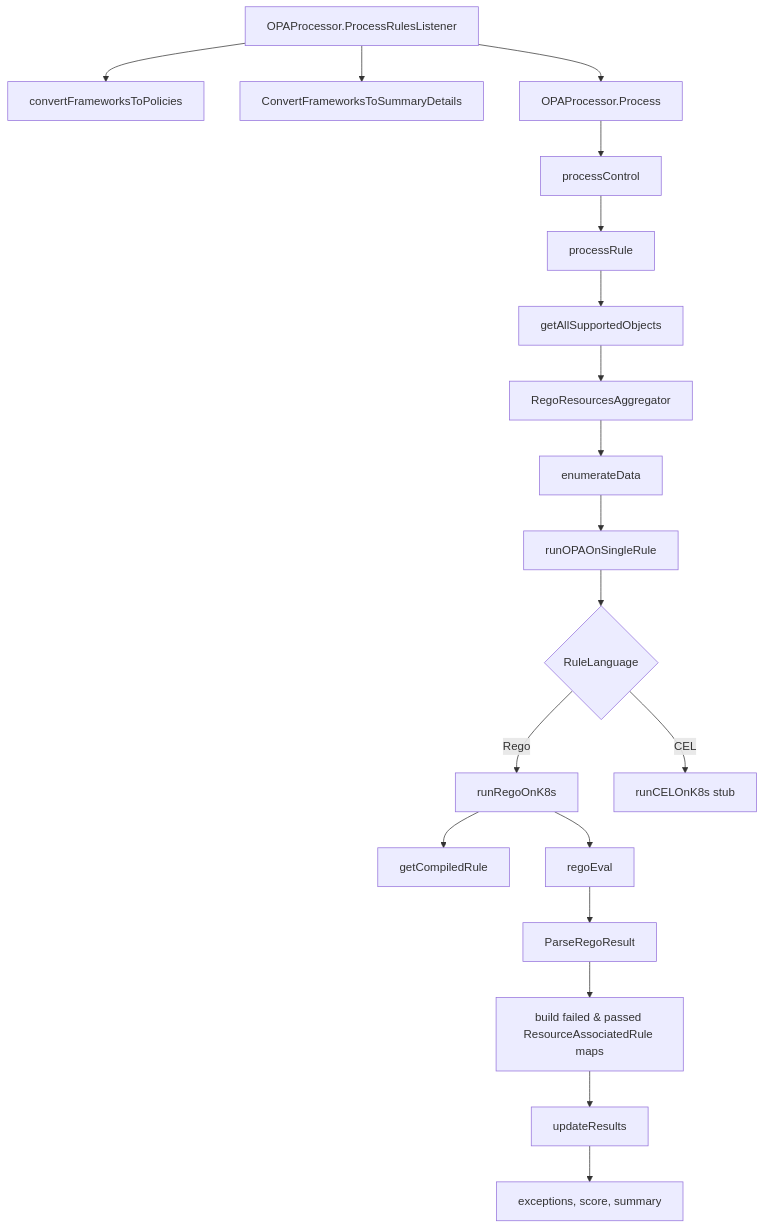
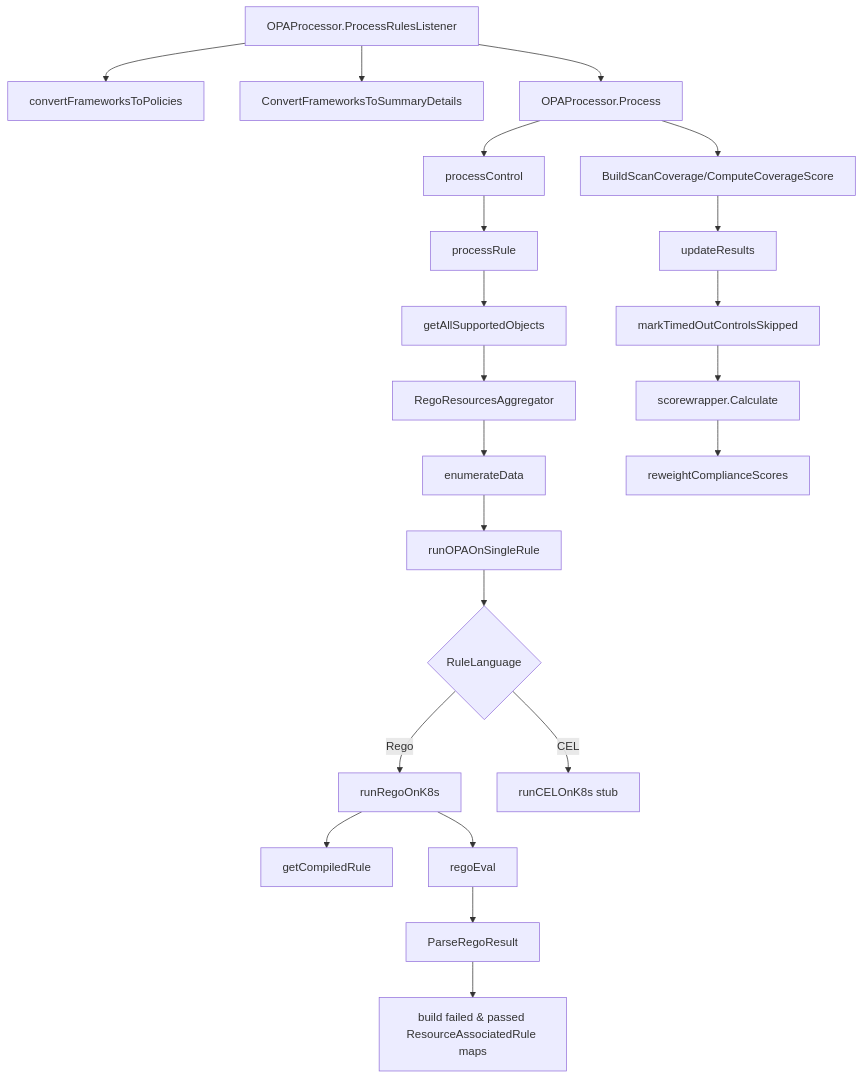
The diagram in core/pkg/opaprocessor/PROCESS_FLOW.md (kubescape/kubescape), drawn with Mermaid before and after one commit. The commit also changed other lines of this file and 1 other file, not shown here.

Commit message:
docs(opaprocessor): clarify CEL stub status and refine process flow details

````diff
--- a/core/pkg/opaprocessor/PROCESS_FLOW.md
+++ b/core/pkg/opaprocessor/PROCESS_FLOW.md
@@ -17,21 +17,24 @@
 ```mermaid
 graph TD
     A[OPAProcessor.ProcessRulesListener] --> B[convertFrameworksToPolicies]
     A --> C[ConvertFrameworksToSummaryDetails]
     A --> D[OPAProcessor.Process]
     D --> E[processControl]
     E --> F[processRule]
     F --> G[getAllSupportedObjects]
     G --> H[RegoResourcesAggregator]
     H --> I[enumerateData]
     I --> J[runOPAOnSingleRule]
     J --> K{RuleLanguage}
     K -->|Rego| L[runRegoOnK8s]
     L --> M[getCompiledRule]
     L --> N[regoEval]
     N --> O[ParseRegoResult]
     K -->|CEL| P[runCELOnK8s stub]
     O --> Q[build failed & passed ResourceAssociatedRule maps]
-    Q --> R[updateResults]
-    R --> S[exceptions, score, summary]
+    D --> R[BuildScanCoverage/ComputeCoverageScore]
+    R --> S[updateResults]
+    S --> T[markTimedOutControlsSkipped]
+    T --> U[scorewrapper.Calculate]
+    U --> V[reweightComplianceScores]
 ```
````
